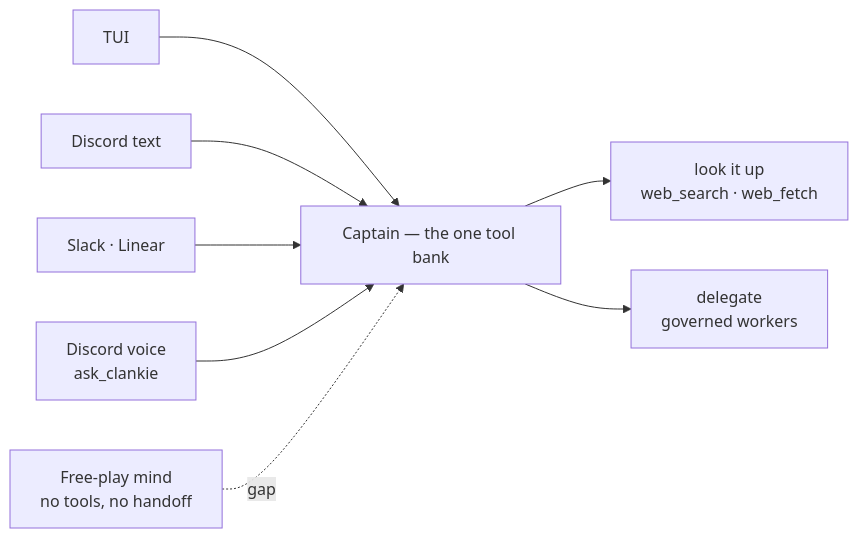
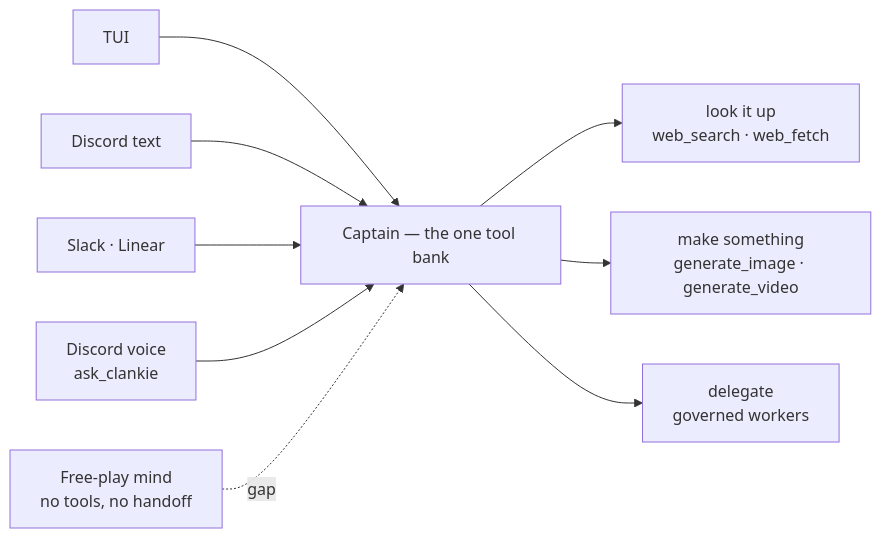
The first of 6 diagrams in docs/01-architecture.md (Volpestyle/clankie), drawn with Mermaid before and after one commit. The commit also changed other lines of this file and 33 other files, not shown here.

````diff
--- a/docs/01-architecture.md
+++ b/docs/01-architecture.md
@@ -56,10 +56,11 @@
 ```mermaid
 flowchart LR
   T[TUI] --> C
   D[Discord text] --> C
   S[Slack · Linear] --> C
   V["Discord voice<br/>ask_clankie"] --> C
   C["Captain — the one tool bank"] --> L["look it up<br/>web_search · web_fetch"]
+  C --> M["make something<br/>generate_image · generate_video"]
   C --> W["delegate<br/>governed workers"]
   P["Free-play mind<br/>no tools, no handoff"] -.->|gap| C
 ```
````
